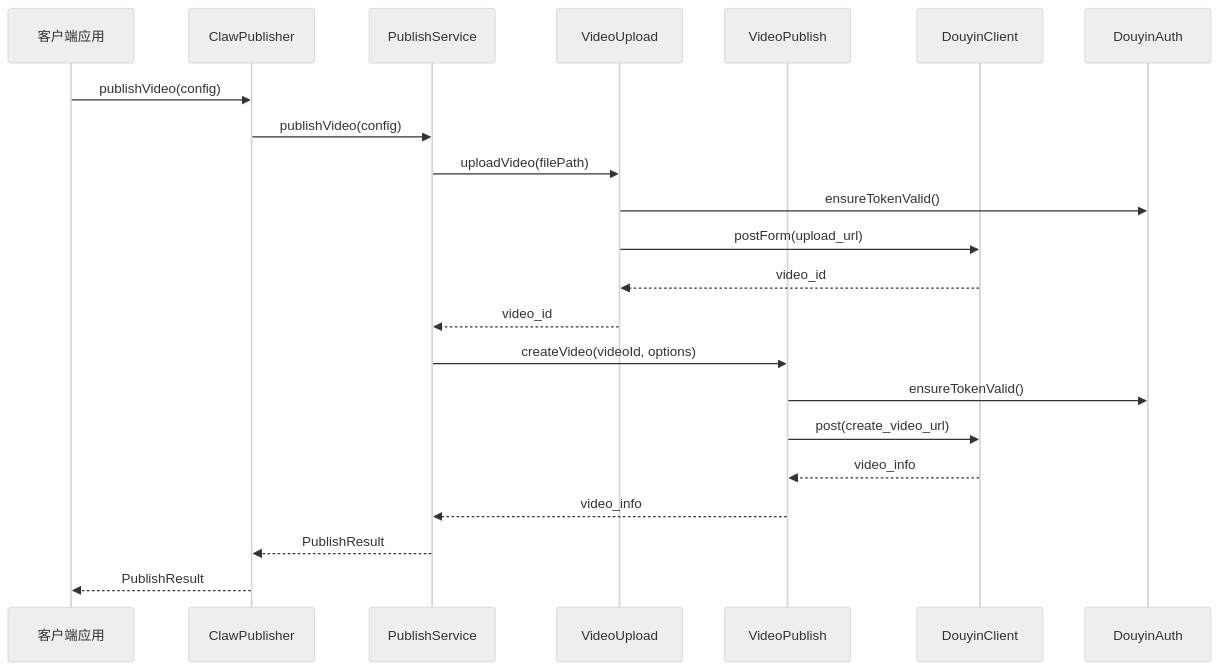
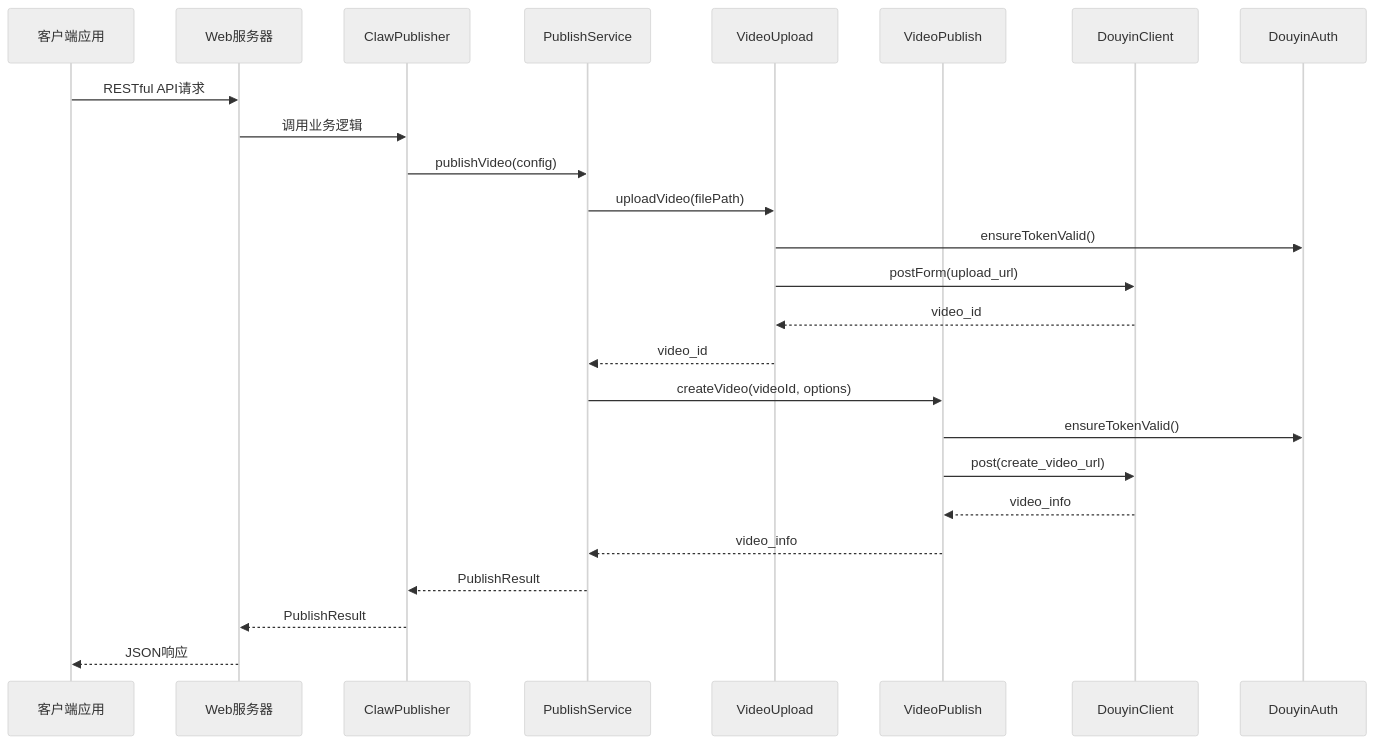
The second of 3 diagrams in .qoder/repowiki/zh/content/API参考文档/API参考文档.md (songdiyang/clawOperations), drawn with Mermaid (neutral theme) before and after one commit. The commit also changed other lines of this file and 69 other files, not shown here.

````diff
--- a/.qoder/repowiki/zh/content/API参考文档/API参考文档.md
+++ b/.qoder/repowiki/zh/content/API参考文档/API参考文档.md
@@ -111,24 +146,27 @@
 ```mermaid
 sequenceDiagram
 participant Client as 客户端应用
+participant WebServer as Web服务器
 participant Publisher as ClawPublisher
 participant Service as PublishService
 participant Upload as VideoUpload
 participant Publish as VideoPublish
 participant API as DouyinClient
 participant Auth as DouyinAuth
-Client->>Publisher : publishVideo(config)
+Client->>WebServer : RESTful API请求
+WebServer->>Publisher : 调用业务逻辑
 Publisher->>Service : publishVideo(config)
 Service->>Upload : uploadVideo(filePath)
 Upload->>Auth : ensureTokenValid()
 Upload->>API : postForm(upload_url)
 API-->>Upload : video_id
 Upload-->>Service : video_id
 Service->>Publish : createVideo(videoId, options)
 Publish->>Auth : ensureTokenValid()
 Publish->>API : post(create_video_url)
 API-->>Publish : video_info
 Publish-->>Service : video_info
 Service-->>Publisher : PublishResult
-Publisher-->>Client : PublishResult
+Publisher-->>WebServer : PublishResult
+WebServer-->>Client : JSON响应
 ```
````
